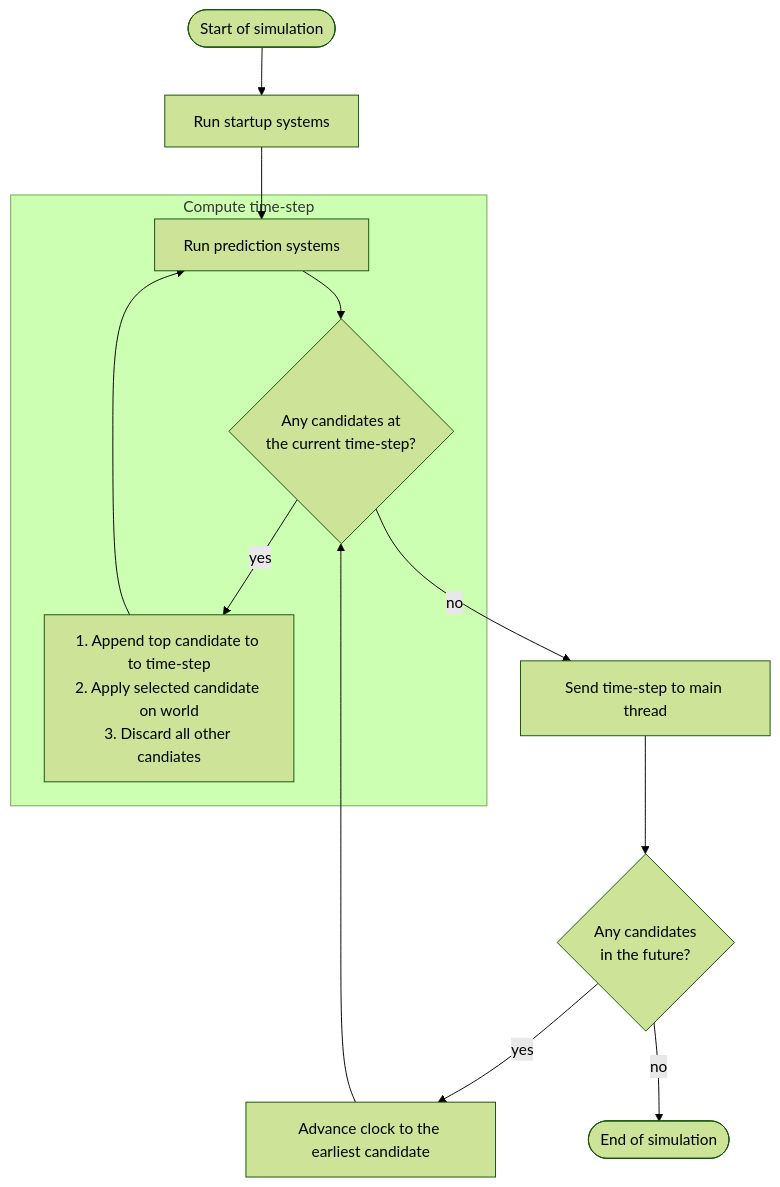
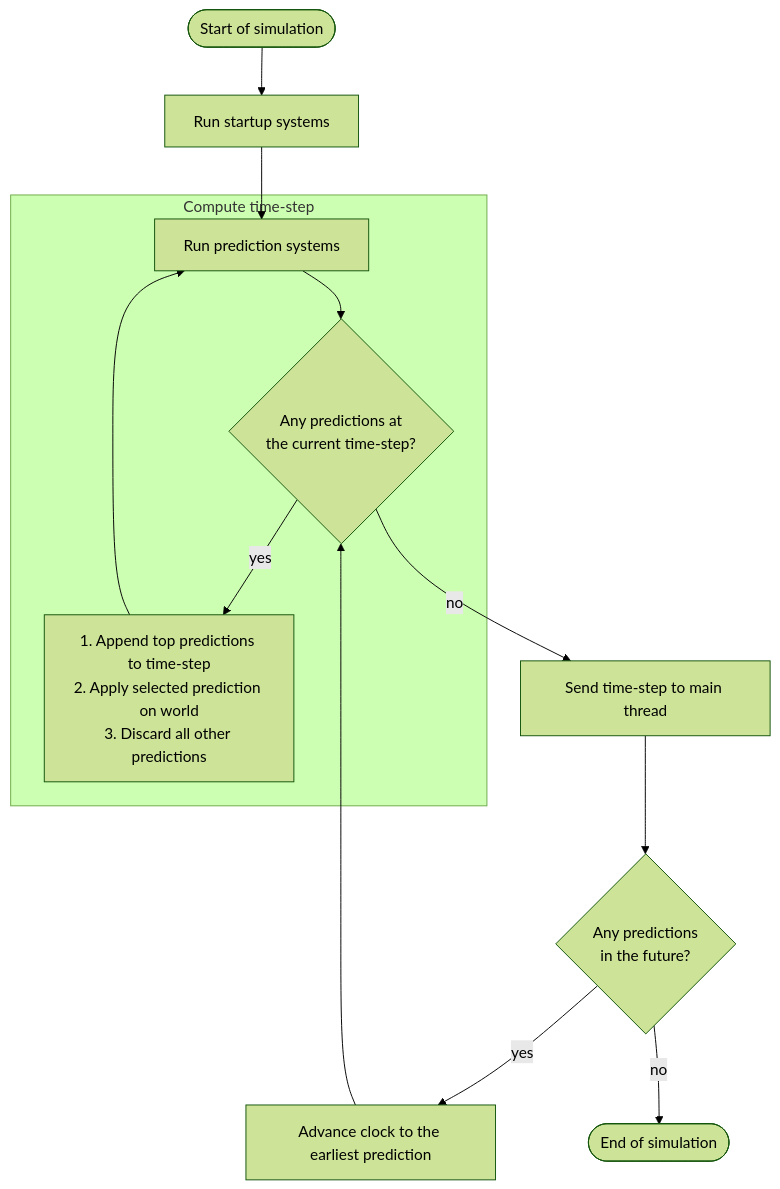
The diagram in crates/rmf_site_sim/diagrams/compute.mmd (open-rmf/rmf_site), drawn with Mermaid (forest theme) before and after one commit. The commit also changed other lines of this file and 6 other files, not shown here.

Commit message:
Change 'candidate event' terminology to 'prediction'

```diff
--- a/crates/rmf_site_sim/diagrams/compute.mmd
+++ b/crates/rmf_site_sim/diagrams/compute.mmd
@@ -1,16 +1,16 @@
 flowchart TD
     start([Start of simulation]) --> startup["Run startup systems"]
     startup --> predict["Run prediction systems"]
 
     subgraph compute_step["Compute time-step"]
-    due{"Any candidates at<br/>the current time-step?"}
-    due -- yes --> select["1. Append top candidate to to time-step<br/>2. Apply selected candidate on world<br/>3. Discard all other candiates"]
+    due{"Any predictions at<br/>the current time-step?"}
+    due -- yes --> select["1. Append top predictions to time-step<br/>2. Apply selected prediction on world<br/>3. Discard all other predictions"]
     select --> predict
     predict --> due
     end
 
     due -- no --> send["Send time-step to main thread"]
-    send --> due_next{"Any candidates<br/>in the future?"}
-    due_next -- yes --> advance["Advance clock to the earliest candidate"]
+    send --> due_next{"Any predictions<br/>in the future?"}
+    due_next -- yes --> advance["Advance clock to the earliest prediction"]
     due_next -- no --> done(["End of simulation"])
     advance --> due
```
